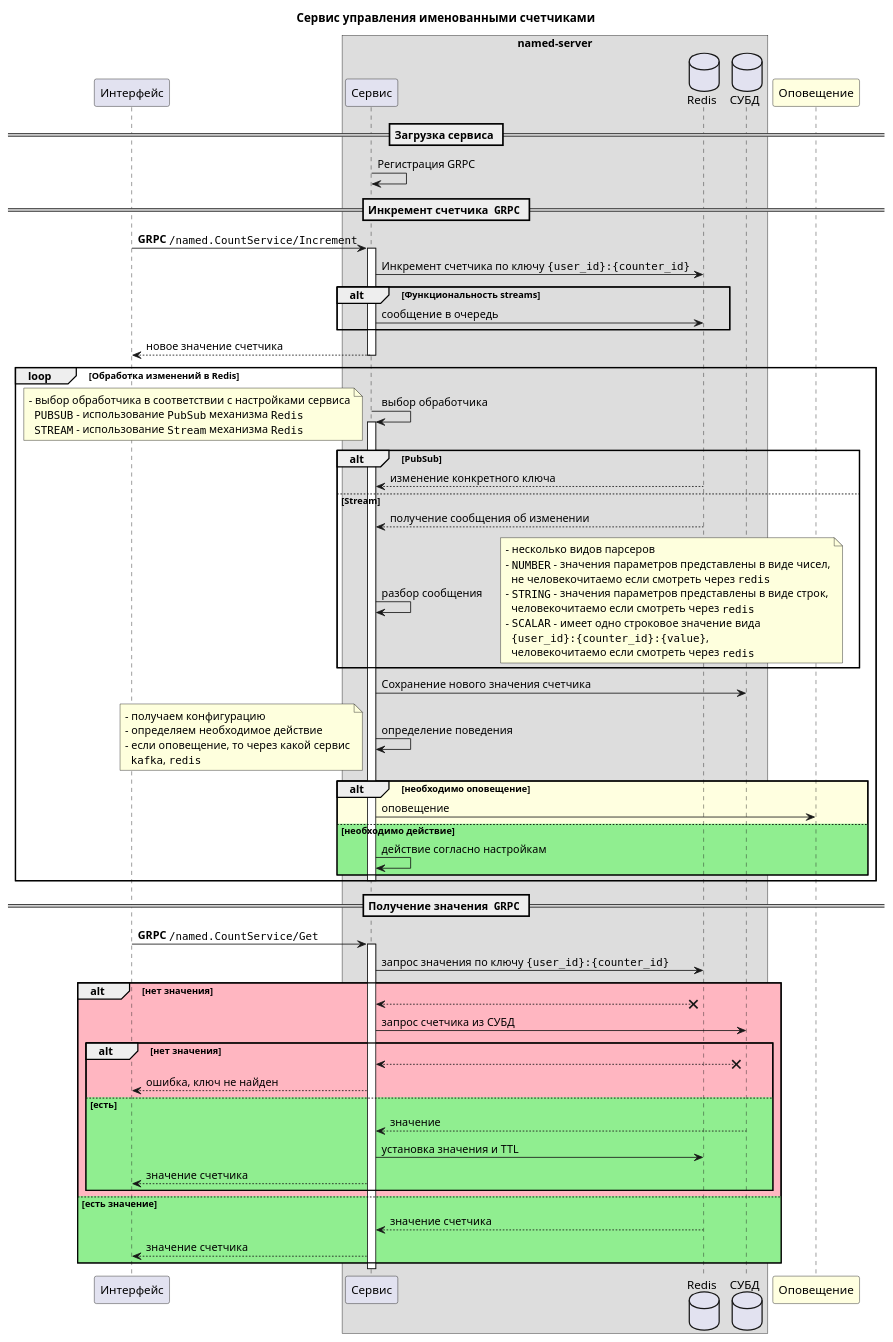
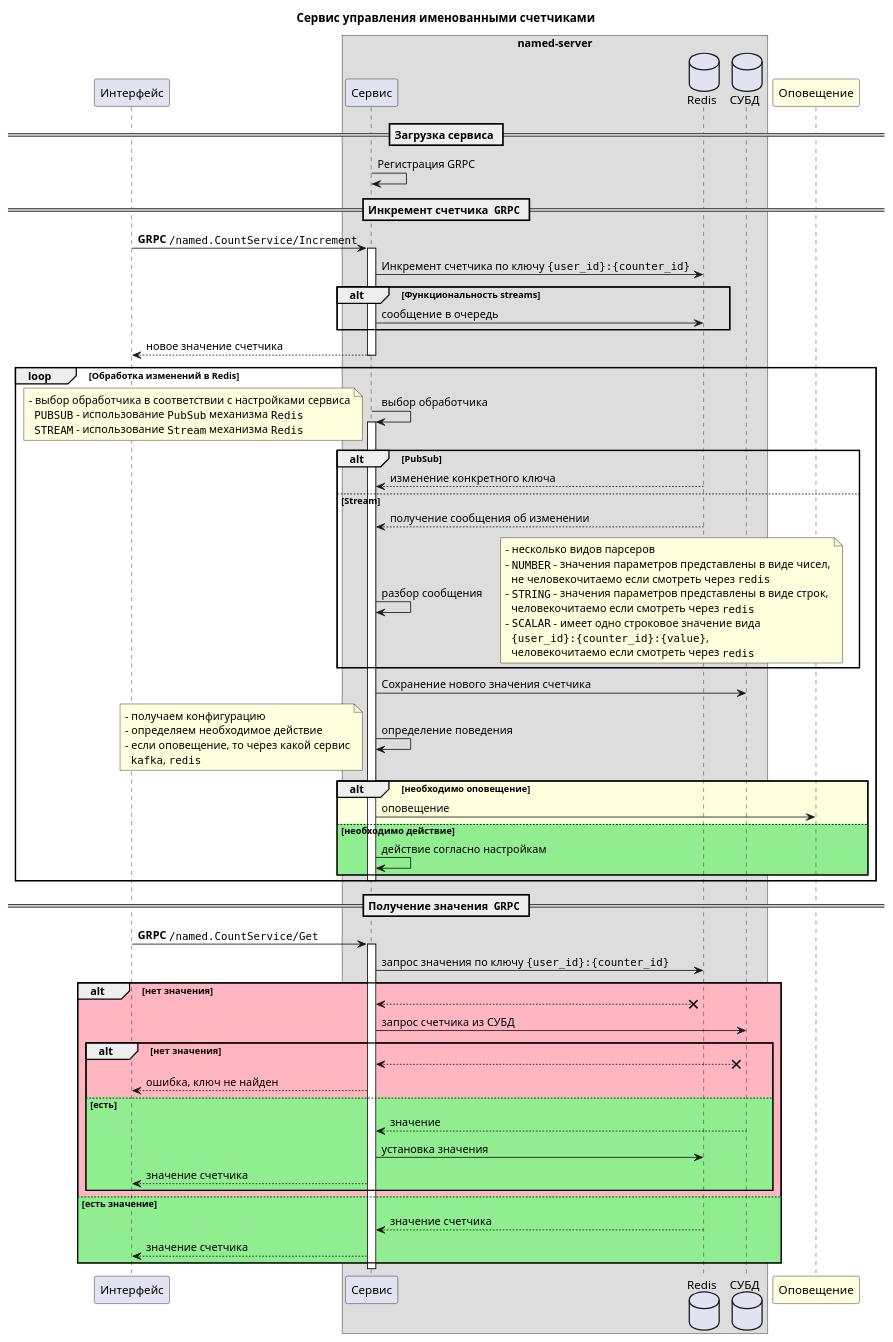
Before and after one commit to i-egik/NameCount: the diagram in named-server/doc/named-server.puml, drawn with PlantUML. The commit also changed 3 other files, not shown here.

```diff
--- a/named-server/doc/named-server.puml
+++ b/named-server/doc/named-server.puml
@@ -1,87 +1,88 @@
 @startuml
 title Сервис управления именованными счетчиками
 participant grpc as "Интерфейс"
 box named-server
     participant service as "Сервис"
     database redis as "Redis"
     database pg as "СУБД"
 end box
 participant notify as "Оповещение" #LightYellow
 
 == Загрузка сервиса ==
 
 service -> service: Регистрация GRPC
 
 ==  Инкремент счетчика  ""GRPC"" ==
 
 grpc -> service: <b>GRPC</b> ""/named.CountService/Increment""
 activate service
 service -> redis: Инкремент счетчика по ключу ""{user_id}:{counter_id}""
 alt Функциональность streams
   service -> redis: сообщение в очередь
 end
 service --> grpc: новое значение счетчика
 deactivate service
 
 loop Обработка изменений в Redis
   service -> service: выбор обработчика
   activate service
   note left
     - выбор обработчика в соответствии с настройками сервиса
       ""PUBSUB"" - использование ""PubSub"" механизма ""Redis""
       ""STREAM"" - использование ""Stream"" механизма ""Redis""
   end note
   alt PubSub
     service <-- redis: изменение конкретного ключа
   else Stream
     service <-- redis: получение сообщения об изменении
     service -> service: разбор сообщения
     note right
       - несколько видов парсеров
       - ""NUMBER"" - значения параметров представлены в виде чисел,
         не человекочитаемо если смотреть через ""redis""
       - ""STRING"" - значения параметров представлены в виде строк,
         человекочитаемо если смотреть через ""redis""
       - ""SCALAR"" - имеет одно строковое значение вида
         ""{user_id}:{counter_id}:{value}"",
         человекочитаемо если смотреть через ""redis""
     end note
   end
   service -> pg: Сохранение нового значения счетчика
   service -> service: определение поведения
   note left
     - получаем конфигурацию
     - определяем необходимое действие
     - если оповещение, то через какой сервис
       ""kafka"", ""redis""
   end note
   alt #LightYellow необходимо оповещение
     service -> notify: оповещение
   else #LightGreen необходимо действие
     service -> service: действие согласно настройкам
   end
   deactivate service
 end
 
 ==  Получение значения  ""GRPC"" ==
 grpc -> service: <b>GRPC</b> ""/named.CountService/Get""
 activate service
 service -> redis: запрос значения по ключу ""{user_id}:{counter_id}""
 alt #LightPink нет значения
   service <--x redis
   service -> pg: запрос счетчика из СУБД
   alt #LightPink нет значения
     service <--x pg
     service --> grpc: ошибка, ключ не найден
   else #LightGreen есть
     service <-- pg: значение
-    service -> redis: установка значения и TTL
+    service -> redis: установка значения
     service --> grpc: значение счетчика
   end
 else #LightGreen есть значение
   service <-- redis: значение счетчика
   service --> grpc: значение счетчика
 end
 deactivate service
 
+
 @enduml
```
